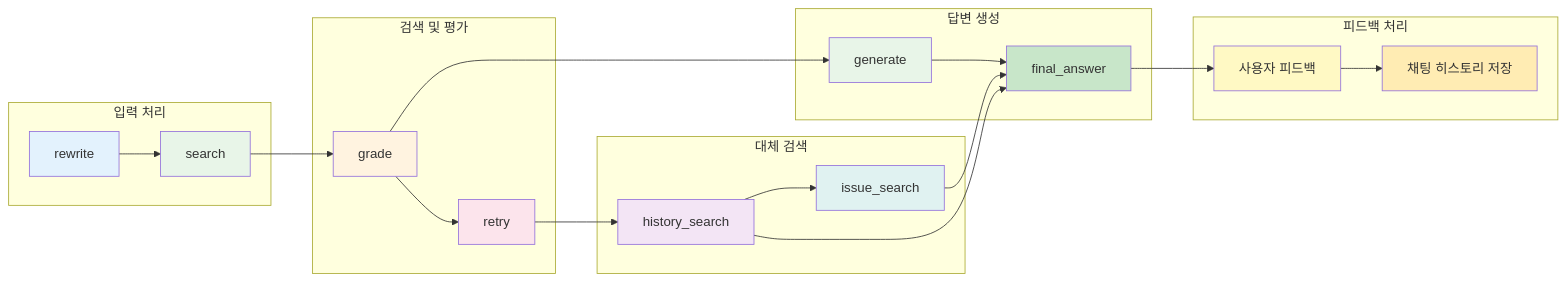
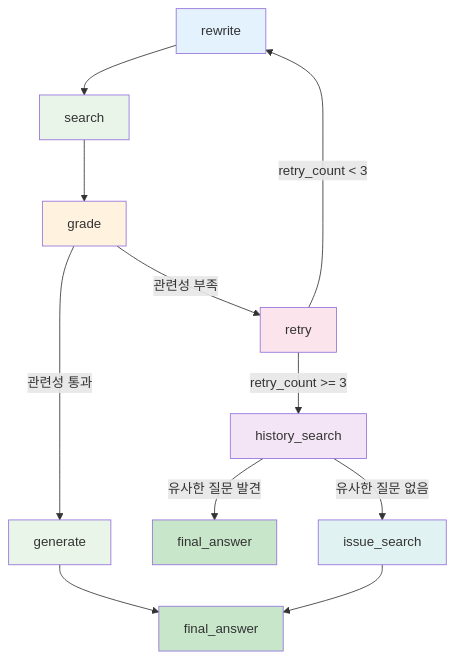
Before and after one commit to palendy/02_AI_Agent: the second of 2 diagrams in 02_chatbot_agent/README.md, drawn with Mermaid. The commit also changed other lines of this file and 1 other file, not shown here.

Commit message:
docs: LangGraph 노드/엣지 구조 단순화
- 복잡한 노드 상세 구조 다이어그램 제거
- 검색 우선순위 플로우 다이어그램 제거
- LangGraph의 실제 노드와 엣지 구조만 간단하게 표현
- rewrite → search → grade → generate/retry → history_search/issue_search → final_answer
- 조건부 분기와 재시도 로직을 명확하게 표시

````diff
--- a/02_chatbot_agent/README.md
+++ b/02_chatbot_agent/README.md
@@ -178,39 +178,23 @@
 ```mermaid
-graph LR
-    subgraph "입력 처리"
-        A[rewrite] --> B[search]
-    end
-    
-    subgraph "검색 및 평가"
-        B --> C[grade]
-        C --> D[retry]
-    end
-    
-    subgraph "대체 검색"
-        D --> E[history_search]
-        E --> F[issue_search]
-    end
-    
-    subgraph "답변 생성"
-        C --> G[generate]
-        G --> H[final_answer]
-        F --> H
-        E --> H
-    end
-    
-    subgraph "피드백 처리"
-        H --> I[사용자 피드백]
-        I --> J[채팅 히스토리 저장]
-    end
+graph TD
+    A[rewrite] --> B[search]
+    B --> C[grade]
+    C -->|관련성 통과| D[generate]
+    C -->|관련성 부족| E[retry]
+    E -->|retry_count < 3| A
+    E -->|retry_count >= 3| F[history_search]
+    F -->|유사한 질문 발견| G[final_answer]
+    F -->|유사한 질문 없음| H[issue_search]
+    H --> I[final_answer]
+    D --> I
     
     style A fill:#e3f2fd
     style B fill:#e8f5e8
     style C fill:#fff3e0
-    style D fill:#fce4ec
-    style E fill:#f3e5f5
-    style F fill:#e0f2f1
-    style G fill:#e8f5e8
-    style H fill:#c8e6c9
-    style I fill:#fff9c4
-    style J fill:#ffecb3
+    style D fill:#e8f5e8
+    style E fill:#fce4ec
+    style F fill:#f3e5f5
+    style G fill:#c8e6c9
+    style H fill:#e0f2f1
+    style I fill:#c8e6c9
 ```
````
